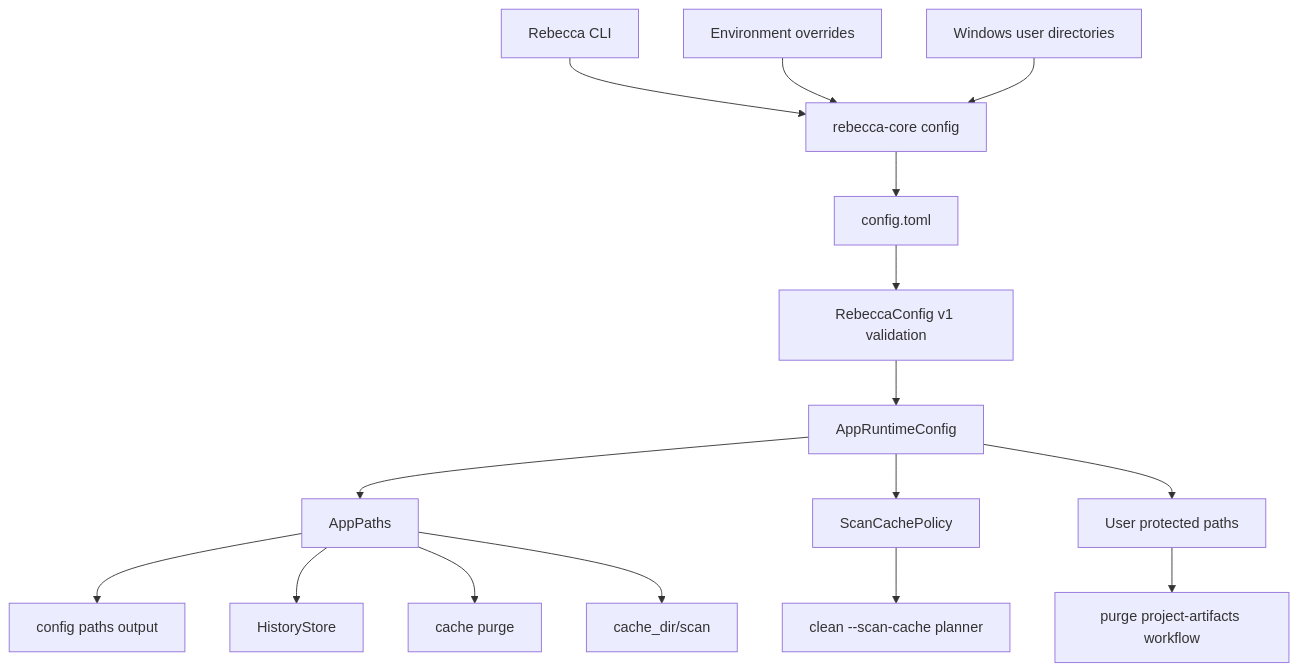
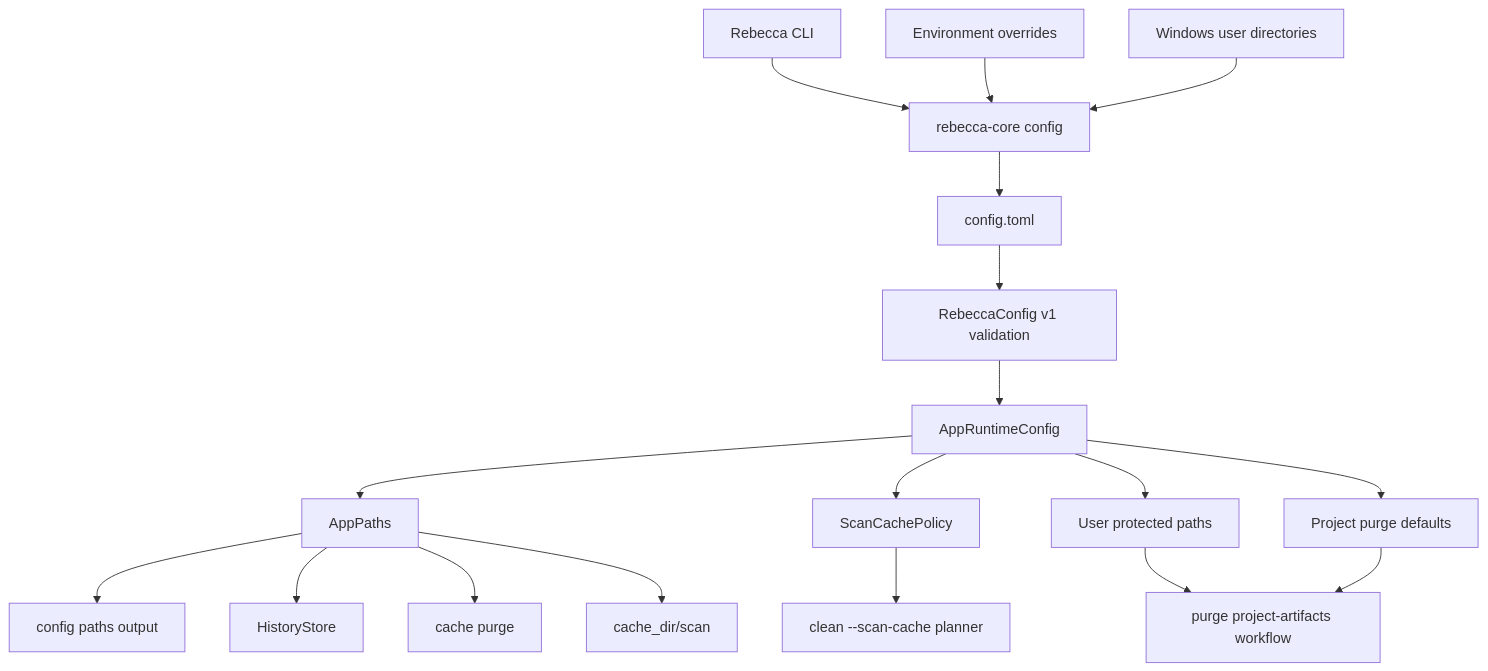
Before and after one commit to Latias94/rebecca: the diagram in docs/configuration.md, drawn with Mermaid. The commit also changed other lines of this file and 6 other files, not shown here.

````diff
--- a/docs/configuration.md
+++ b/docs/configuration.md
@@ -28,18 +28,20 @@
 ```mermaid
 flowchart TD
   CLI[Rebecca CLI] --> CoreConfig[rebecca-core config]
   Env[Environment overrides] --> CoreConfig
   Defaults[Windows user directories] --> CoreConfig
   CoreConfig --> ConfigFile[config.toml]
   ConfigFile --> Schema[RebeccaConfig v1 validation]
   Schema --> Runtime[AppRuntimeConfig]
   Runtime --> Paths[AppPaths]
   Runtime --> ScanPolicy[ScanCachePolicy]
   Runtime --> Protection[User protected paths]
+  Runtime --> PurgeDefaults[Project purge defaults]
   Paths --> ConfigPaths[config paths output]
   Paths --> History[HistoryStore]
   Paths --> CachePurge[cache purge]
   Paths --> ScanCache[cache_dir/scan]
   ScanPolicy --> Planner[clean --scan-cache planner]
   Protection --> ProjectPurge[purge project-artifacts workflow]
+  PurgeDefaults --> ProjectPurge
 ```
````
